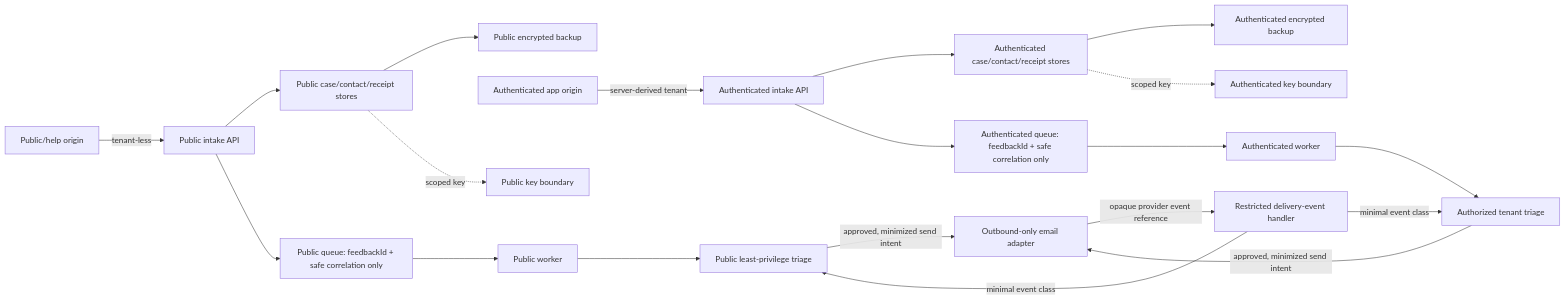
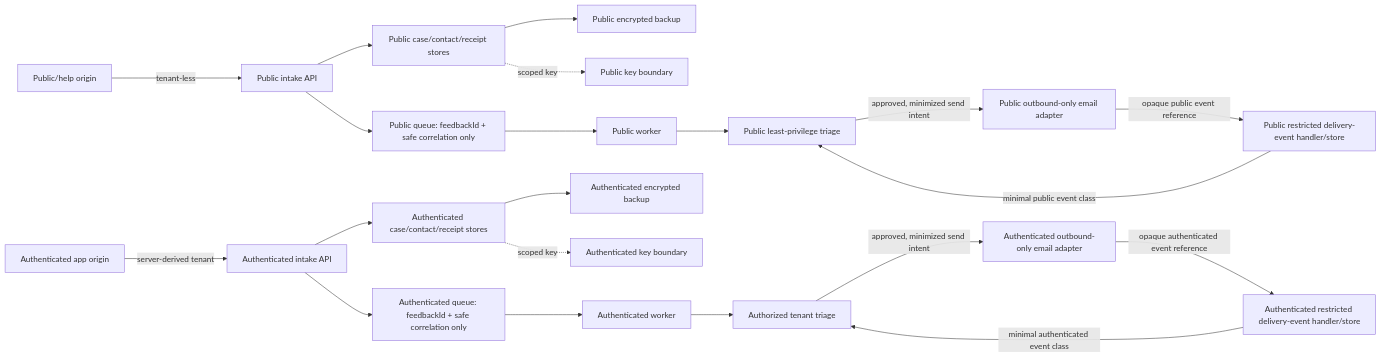
The diagram in docs/frameworks/feedback-platform-decision.md (Jamula/Andreja), drawn with Mermaid before and after one commit. The commit also changed other lines of this file, not shown here.

Commit message:
docs: separate feedback boundary event and staging evidence

````diff
--- a/docs/frameworks/feedback-platform-decision.md
+++ b/docs/frameworks/feedback-platform-decision.md
@@ -89,25 +89,26 @@
 ```mermaid
 flowchart LR
   PUB[Public/help origin] -->|tenant-less| PI[Public intake API]
   PI --> PS[Public case/contact/receipt stores]
   PI --> PQ[Public queue: feedbackId + safe correlation only]
   PQ --> PW[Public worker]
   PW --> PT[Public least-privilege triage]
 
   APP[Authenticated app origin] -->|server-derived tenant| AI[Authenticated intake API]
   AI --> AS[Authenticated case/contact/receipt stores]
   AI --> AQ[Authenticated queue: feedbackId + safe correlation only]
   AQ --> AW[Authenticated worker]
   AW --> AT[Authorized tenant triage]
 
-  PT -->|approved, minimized send intent| PE[Outbound-only email adapter]
-  AT -->|approved, minimized send intent| PE
-  PE -->|opaque provider event reference| ER[Restricted delivery-event handler]
-  ER -->|minimal event class| PT
-  ER -->|minimal event class| AT
+  PT -->|approved, minimized send intent| PEA[Public outbound-only email adapter]
+  AT -->|approved, minimized send intent| AEA[Authenticated outbound-only email adapter]
+  PEA -->|opaque public event reference| PER[Public restricted delivery-event handler/store]
+  AEA -->|opaque authenticated event reference| AER[Authenticated restricted delivery-event handler/store]
+  PER -->|minimal public event class| PT
+  AER -->|minimal authenticated event class| AT
 
   PS --> PB[Public encrypted backup]
   AS --> AB[Authenticated encrypted backup]
   PS -. scoped key .-> PK[Public key boundary]
   AS -. scoped key .-> AK[Authenticated key boundary]
 ```
````
